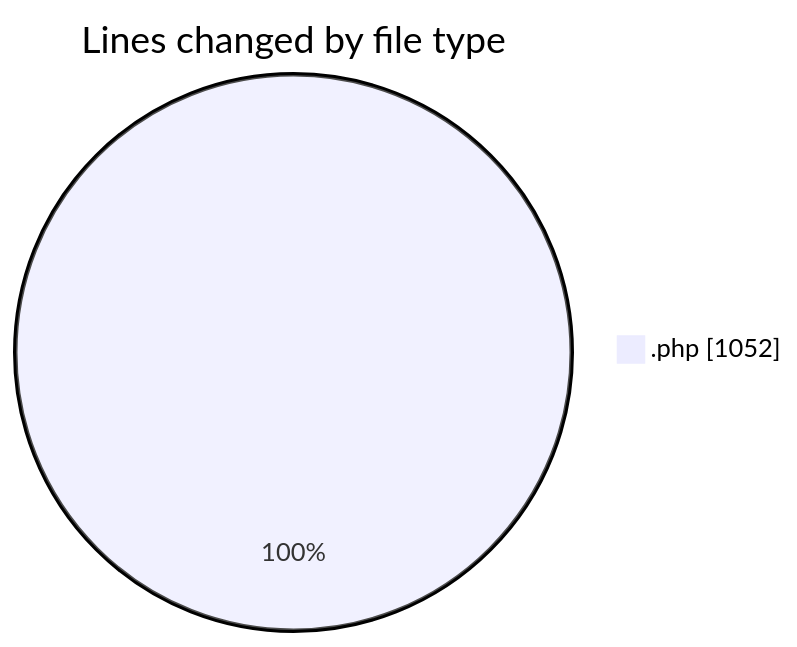
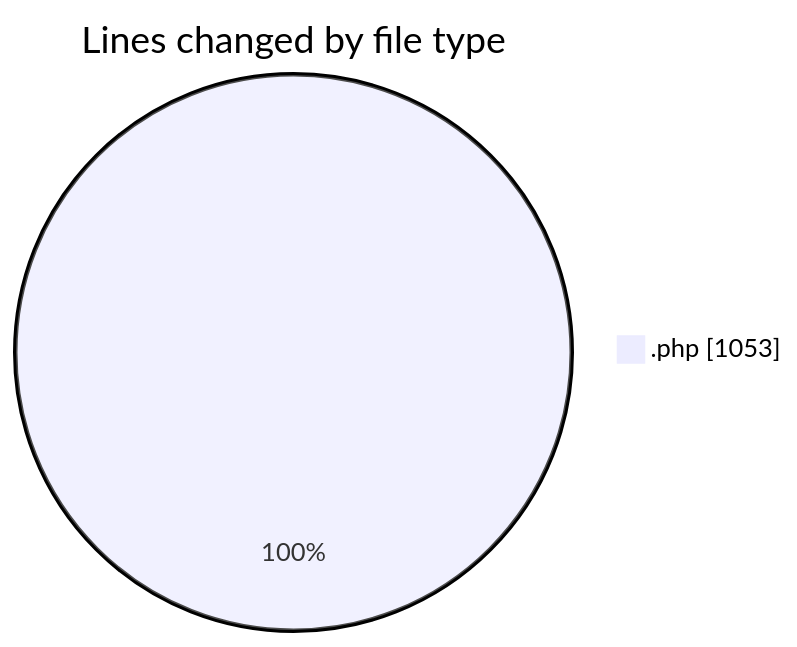
Before and after one commit to LanceThiago/code-tracking: the first of 2 diagrams in 2025-01-22/oficina/README.md, drawn with Mermaid. The commit also changed other lines of this file and 1 other file, not shown here.

````diff
--- a/2025-01-22/oficina/README.md
+++ b/2025-01-22/oficina/README.md
@@ -24,5 +24,5 @@
 ```mermaid
 pie showData
 title Lines changed by file type
-".php" : 1052
+".php" : 1053
 ```
````
